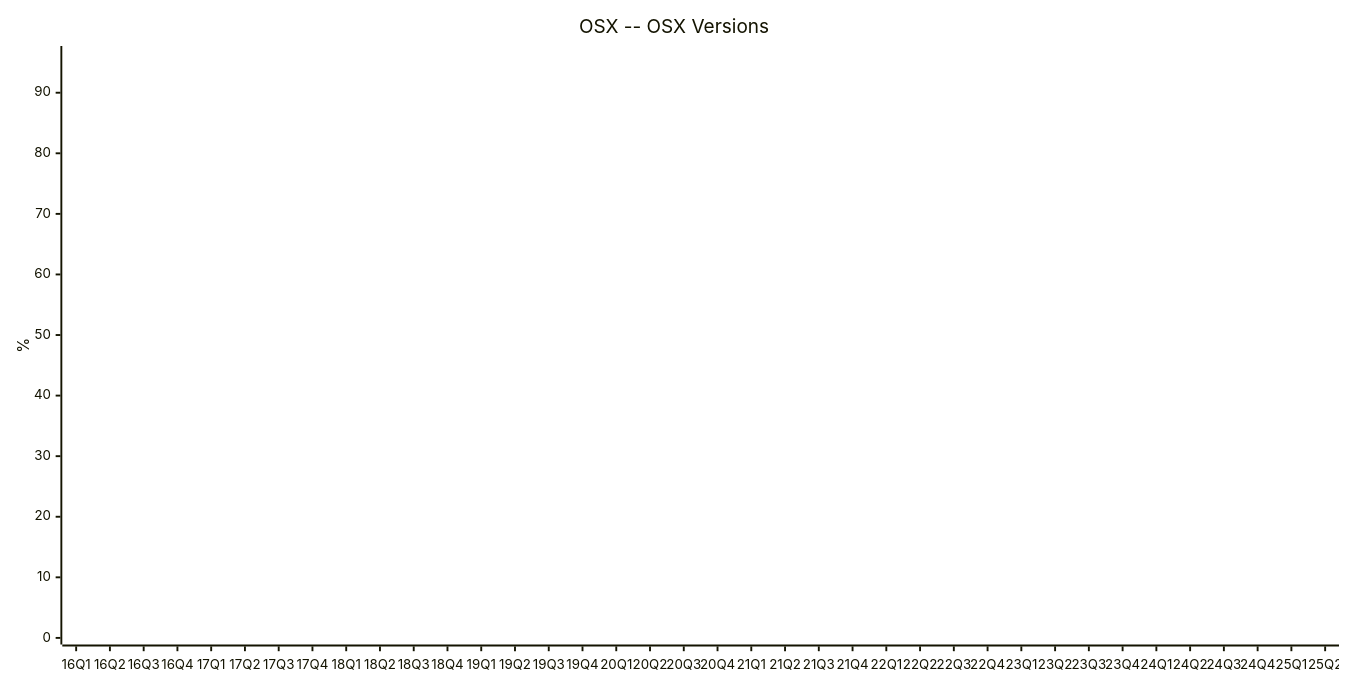
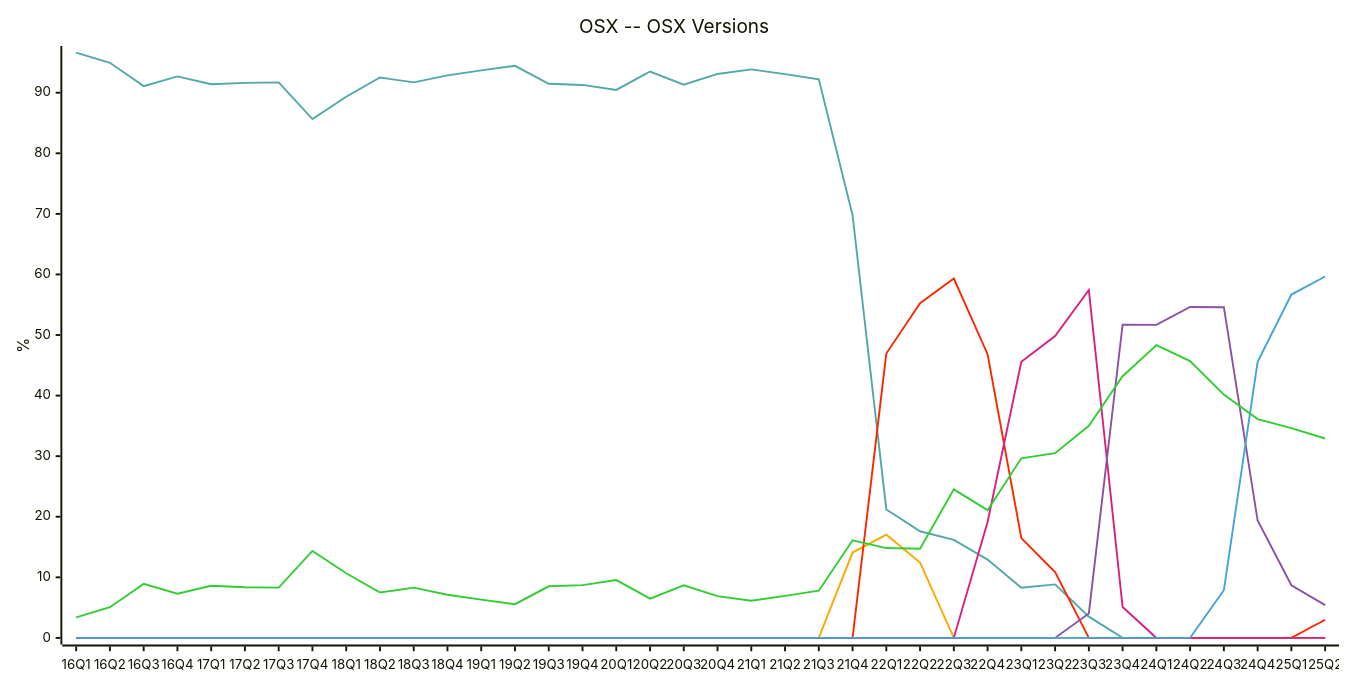
Before and after one commit to jdegene/steamHWsurvey: diagram 12 of 19 in README.md, drawn with Mermaid. The commit also changed other lines of this file and 1 other file, not shown here.

Commit message:
added OSX stats

````diff
--- a/README.md
+++ b/README.md
@@ -393,25 +393,25 @@
 ```mermaid
 ---
 config:
     xyChart:
         width: 1400
         height: 700
         
     themeVariables:
         xyChart:
-            plotColorPalette: "{','.join(color_palette)}"
+            plotColorPalette: "#51a8a6,#f9a900,#f92800,#d92080,#8a52a6,#46a2da,#32CD32"
 
 --- 
 
 xychart-beta
     title "OSX -- OSX Versions"
     x-axis [16Q1, 16Q2, 16Q3, 16Q4, 17Q1, 17Q2, 17Q3, 17Q4, 18Q1, 18Q2, 18Q3, 18Q4, 19Q1, 19Q2, 19Q3, 19Q4, 20Q1, 20Q2, 20Q3, 20Q4, 21Q1, 21Q2, 21Q3, 21Q4, 22Q1, 22Q2, 22Q3, 22Q4, 23Q1, 23Q2, 23Q3, 23Q4, 24Q1, 24Q2, 24Q3, 24Q4, 25Q1, 25Q2]
     y-axis "%" 
     line [96.60666666666667, 94.94000000000001, 91.09, 92.69666666666666, 91.39999999999999, 91.63333333333333, 91.69999999999999, 85.64, 89.34333333333333, 92.51499999999999, 91.70333333333333, 92.86666666666666, 93.67999999999999, 94.44, 91.48333333333333, 91.28666666666666, 90.46, 93.5, 91.325, 93.10000000000001, 93.85666666666667, 93.06, 92.21000000000001, 69.78999999999999, 21.2, 17.6, 16.17, 12.925, 8.28, 8.836666666666666, 3.51, 0, 0, 0, 0, 0, 0, 0]
     line [0, 0, 0, 0, 0, 0, 0, 0, 0, 0, 0, 0, 0, 0, 0, 0, 0, 0, 0, 0, 0, 0, 0, 14.09, 17.03, 12.44, 0, 0, 0, 0, 0, 0, 0, 0, 0, 0, 0, 0]
     line [0, 0, 0, 0, 0, 0, 0, 0, 0, 0, 0, 0, 0, 0, 0, 0, 0, 0, 0, 0, 0, 0, 0, 0, 46.945, 55.24, 59.32000000000001, 46.839999999999996, 16.465000000000003, 10.86, 0, 0, 0, 0, 0, 0, 0, 3.0]
     line [0, 0, 0, 0, 0, 0, 0, 0, 0, 0, 0, 0, 0, 0, 0, 0, 0, 0, 0, 0, 0, 0, 0, 0, 0, 0, 0, 19.145, 45.595, 49.82, 57.43000000000001, 5.09, 0, 0, 0, 0, 0, 0]
     line [0, 0, 0, 0, 0, 0, 0, 0, 0, 0, 0, 0, 0, 0, 0, 0, 0, 0, 0, 0, 0, 0, 0, 0, 0, 0, 0, 0, 0, 0, 4.04, 51.71, 51.68000000000001, 54.62666666666666, 54.59666666666667, 19.37333333333333, 8.683333333333334, 5.413333333333333]
     line [0, 0, 0, 0, 0, 0, 0, 0, 0, 0, 0, 0, 0, 0, 0, 0, 0, 0, 0, 0, 0, 0, 0, 0, 0, 0, 0, 0, 0, 0, 0, 0, 0, 0, 7.869999999999999, 45.58333333333333, 56.68333333333333, 59.66666666666667]
     line [3.38, 5.073333333333333, 8.92, 7.3, 8.61, 8.373333333333333, 8.3, 14.356666666666666, 10.673333333333336, 7.489999999999999, 8.296666666666667, 7.13, 6.3133333333333335, 5.57, 8.52, 8.709999999999999, 9.55, 6.49, 8.68, 6.905, 6.136666666666666, 6.946666666666666, 7.785, 16.12, 14.829999999999998, 14.719999999999999, 24.52, 21.085, 29.65, 30.493333333333332, 35.02, 43.205, 48.32, 45.7, 40.160000000000004, 36.11333333333333, 34.63666666666666, 32.92]
 ``` 
````
